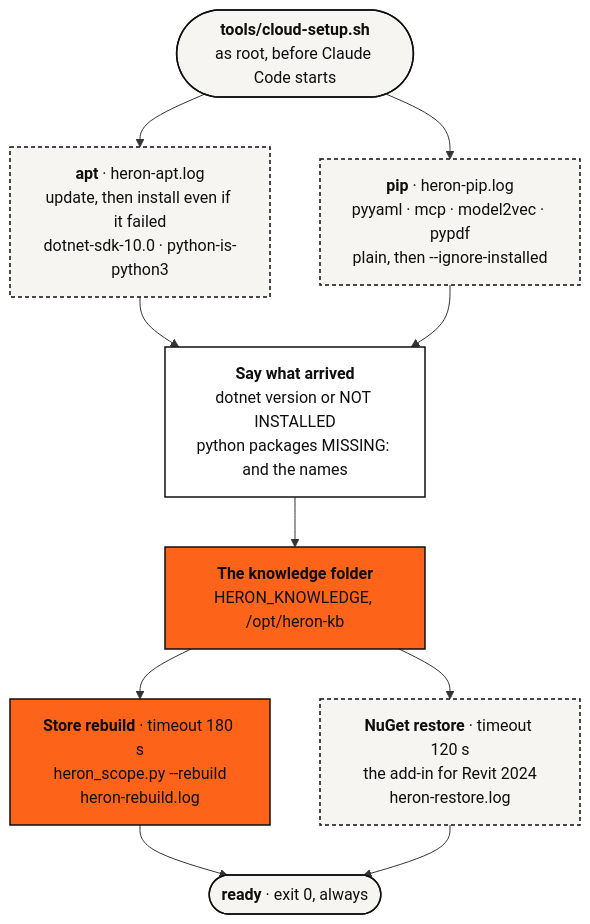
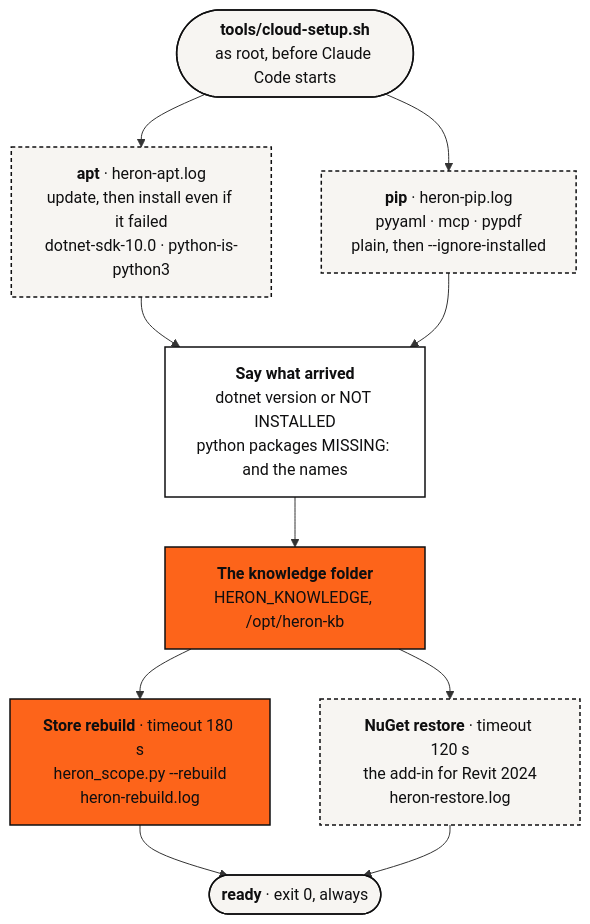
Before and after one commit to Ajmalpshaik/Heron-AI: the diagram in docs/38-the-cloud-environment.md, drawn with Mermaid. The commit also changed other lines of this file and 92 other files, not shown here.

First line of the commit message:
[S6] Remove model2vec: one lexical search for every modeller (#1449)

````diff
--- a/docs/38-the-cloud-environment.md
+++ b/docs/38-the-cloud-environment.md
@@ -130,30 +103,30 @@
 ```mermaid
 flowchart TD
     S(["<b>tools/cloud-setup.sh</b><br/>as root, before Claude Code starts"])
     APT["<b>apt</b> · heron-apt.log<br/>update, then install even if it failed<br/>dotnet-sdk-10.0 · python-is-python3"]
-    PIP["<b>pip</b> · heron-pip.log<br/>pyyaml · mcp · model2vec · pypdf<br/>plain, then --ignore-installed"]
+    PIP["<b>pip</b> · heron-pip.log<br/>pyyaml · mcp · pypdf<br/>plain, then --ignore-installed"]
     SAY["<b>Say what arrived</b><br/>dotnet version or NOT INSTALLED<br/>python packages MISSING: and the names"]
     KB["<b>The knowledge folder</b><br/>HERON_KNOWLEDGE, /opt/heron-kb"]
     RB["<b>Store rebuild</b> · timeout 180 s<br/>heron_scope.py --rebuild<br/>heron-rebuild.log"]
     NU["<b>NuGet restore</b> · timeout 120 s<br/>the add-in for Revit 2024<br/>heron-restore.log"]
     END(["<b>ready</b> · exit 0, always"])
 
     S --> APT
     S --> PIP
     APT --> SAY
     PIP --> SAY
     SAY --> KB
     KB --> RB
     KB --> NU
     RB --> END
     NU --> END
 
     classDef user fill:#F7F5F2,stroke:#0F0F10,stroke-width:1.5px,color:#0F0F10
     classDef host fill:#FFFFFF,stroke:#0F0F10,stroke-width:1.5px,color:#0F0F10
     classDef brain fill:#FD641A,stroke:#0F0F10,stroke-width:1.5px,color:#0F0F10
     classDef plat fill:#F7F5F2,stroke:#0F0F10,stroke-width:1.5px,color:#0F0F10,stroke-dasharray:4 3
     class S,END user
     class APT,PIP,NU plat
     class SAY host
     class KB,RB brain
 ```
````
